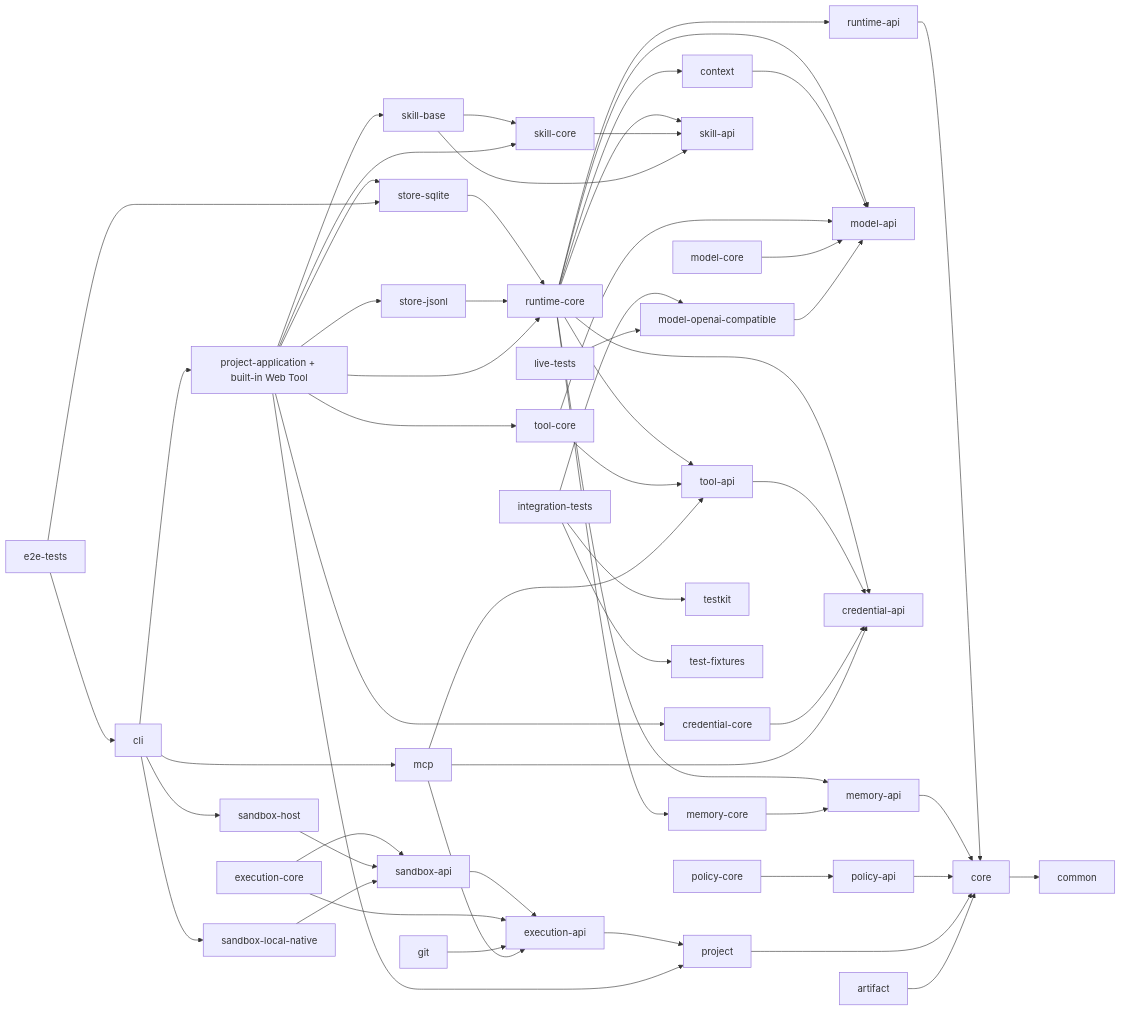
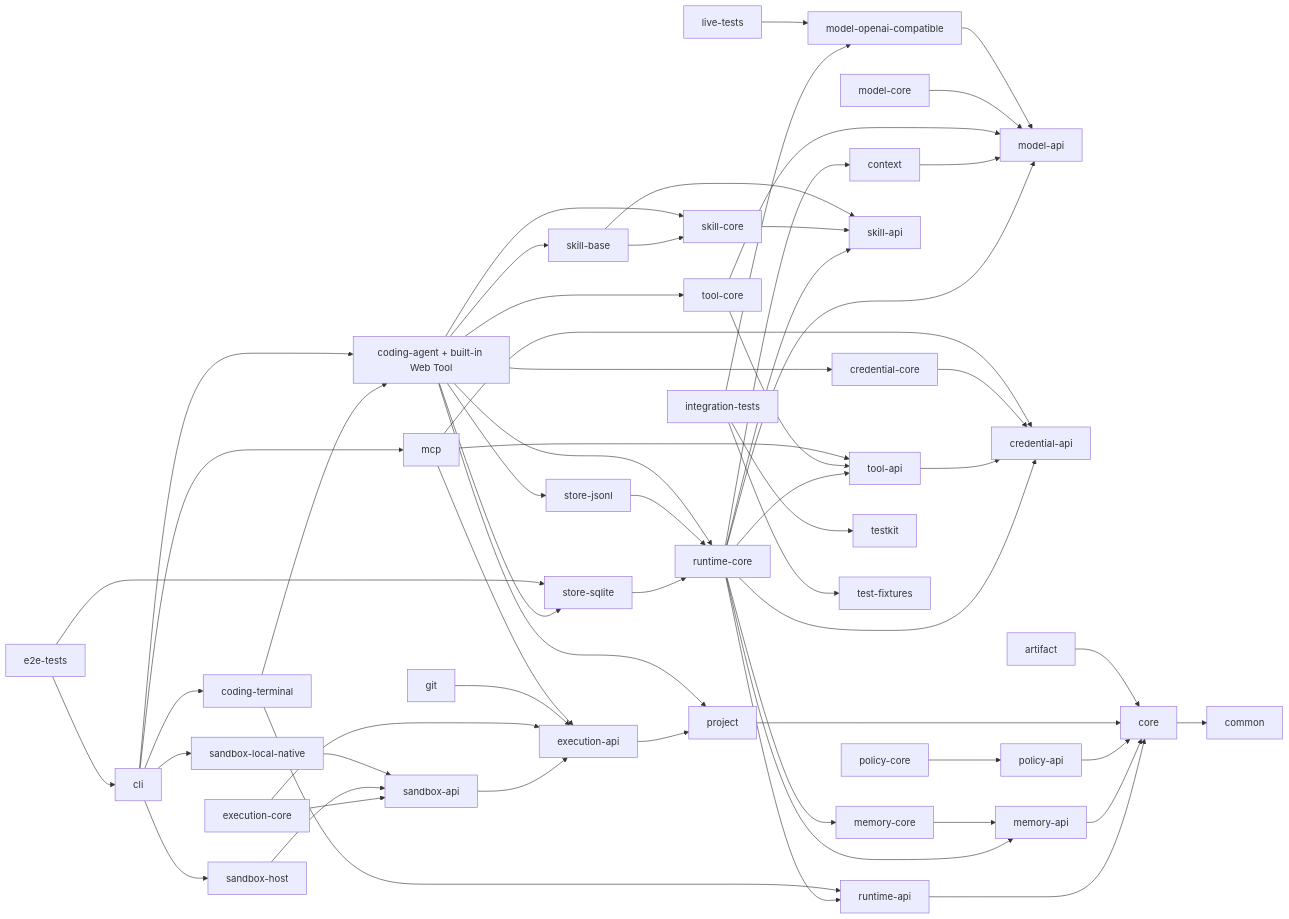
The diagram in README.md (haifa-agent/haifa-agent), drawn with Mermaid before and after one commit. The commit also changed other lines of this file and 72 other files, not shown here.

Commit message:
feat(coding-agent): deliver runnable JLine terminal

````diff
--- a/README.md
+++ b/README.md
@@ -82,61 +84,64 @@
 ```mermaid
 flowchart LR
   CORE[core] --> COMMON[common]
   RAPI[runtime-api] --> CORE
   RCORE[runtime-core] --> RAPI
   RCORE --> MAPI[model-api]
   RCORE --> TAPI[tool-api]
   RCORE --> CAPI[credential-api]
   RCORE --> CTX[context]
   RCORE --> MEMAPI[memory-api]
   RCORE --> MEMCORE[memory-core]
   RCORE --> SKAPI[skill-api]
   CTX --> MAPI
   TAPI --> CAPI
   TCORE[tool-core] --> TAPI
   TCORE --> MAPI
   CCORE[credential-core] --> CAPI
   MCORE[model-core] --> MAPI
   MEMAPI --> CORE
   MEMCORE --> MEMAPI
   PAPI[policy-api] --> CORE
   PCORE[policy-core] --> PAPI
   SKCORE[skill-core] --> SKAPI
   SKBASE[skill-base] --> SKAPI
   SKBASE --> SKCORE
   PROJECT[project] --> CORE
   ARTIFACT[artifact] --> CORE
   EAPI[execution-api] --> PROJECT
   SAPI[sandbox-api] --> EAPI
   ECORE[execution-core] --> EAPI
   ECORE --> SAPI
   SHOST[sandbox-host] --> SAPI
   SLOCAL[sandbox-local-native] --> SAPI
   GIT[git] --> EAPI
   MCP[mcp] --> TAPI
   MCP --> CAPI
   MCP --> EAPI
   OAI[model-openai-compatible] --> MAPI
   SQLITE[store-sqlite] --> RCORE
   JSONL[store-jsonl] --> RCORE
-  PAPP[project-application + built-in Web Tool] --> RCORE
+  PAPP[coding-agent + built-in Web Tool] --> RCORE
   PAPP --> SQLITE
   PAPP --> JSONL
   PAPP --> PROJECT
   PAPP --> TCORE
   PAPP --> CCORE
   PAPP --> SKCORE
   PAPP --> SKBASE
-  CLI[cli] --> PAPP
+  TERM[coding-terminal] --> PAPP
+  TERM --> RAPI
+  CLI[cli] --> TERM
+  CLI --> PAPP
   CLI --> MCP
   CLI --> SHOST
   CLI --> SLOCAL
   TESTKIT[testkit]
   FIXTURES[test-fixtures]
   ITEST[integration-tests] --> TESTKIT
   ITEST --> FIXTURES
   ITEST --> OAI
   LIVETEST[live-tests] --> OAI
   E2ETEST[e2e-tests] --> CLI
   E2ETEST --> SQLITE
 ```
````
